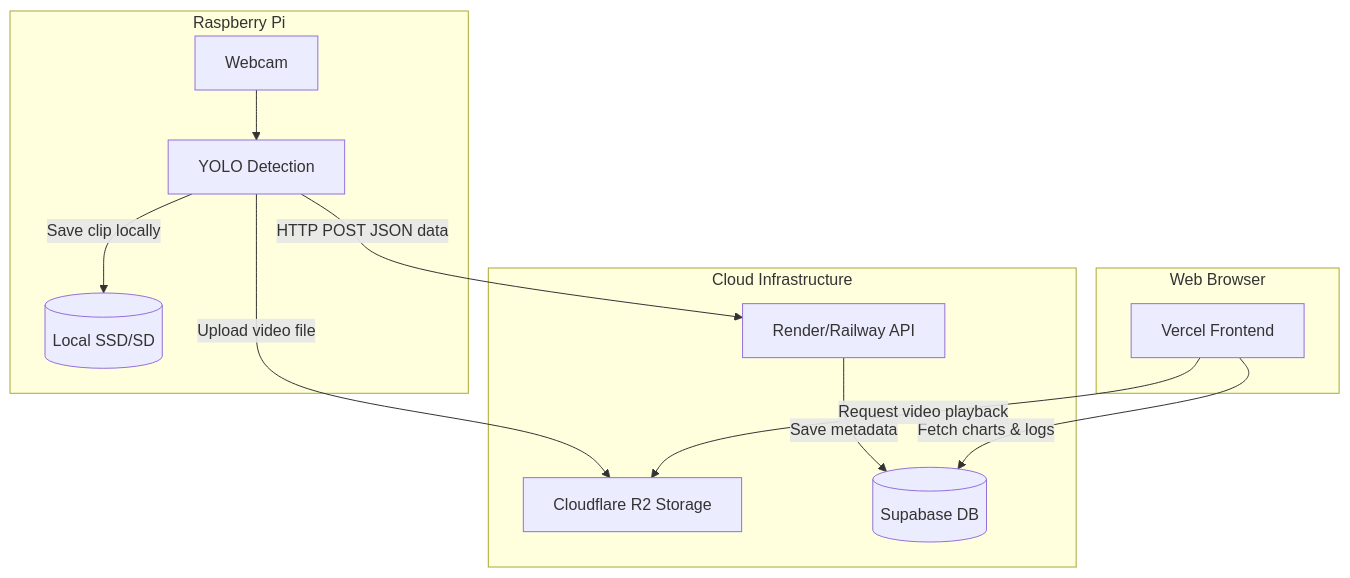
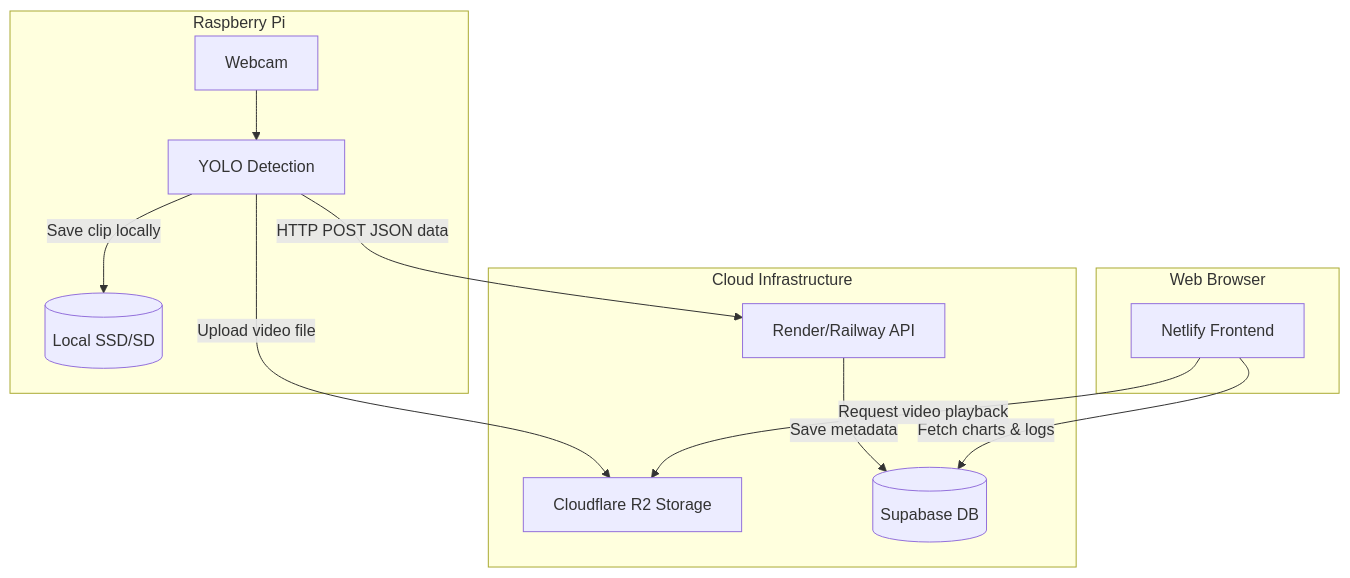
Before and after one commit to OGoodrum/Tomato-Dataset-Model: the diagram in Data Flow Architectural Diagram.md, drawn with Mermaid. The commit also changed other lines of this file, not shown here.

Commit message:
Change Data Flow Architectural Diagram.md to Netligy instead of Vercel

````diff
--- a/Data Flow Architectural Diagram.md
+++ b/Data Flow Architectural Diagram.md
@@ -3,25 +3,25 @@
 ```mermaid
 graph TD
     subgraph Edge ["Raspberry Pi"]
         Camera[Webcam] --> Inference["YOLO Detection"]
         LocalStorage[("Local SSD/SD")]
         Inference -->|Save clip locally| LocalStorage
     end
 
     subgraph CloudServices ["Cloud Infrastructure"]
         CloudStorage["Cloudflare R2 Storage"]
         CloudBackend["Render/Railway API"]
         DB[("Supabase DB")]
         CloudBackend -->|Save metadata| DB
     end
 
     subgraph User ["Web Browser"]
-        Website["Vercel Frontend"]
+        Website["Netlify Frontend"]
     end
 
     %% Cross-subgraph connections
     Inference -->|Upload video file| CloudStorage
     Inference -->|HTTP POST JSON data| CloudBackend
     Website -->|Fetch charts & logs| DB
     Website -->|Request video playback| CloudStorage
 ```
````
